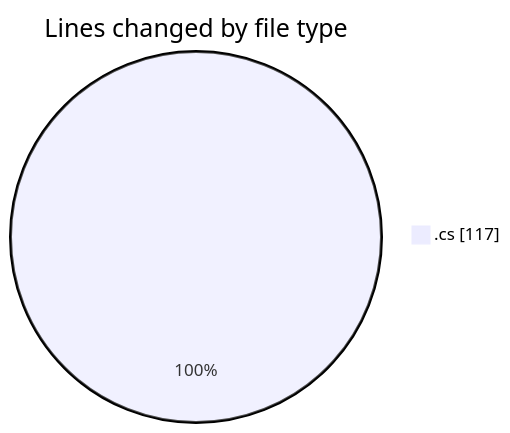
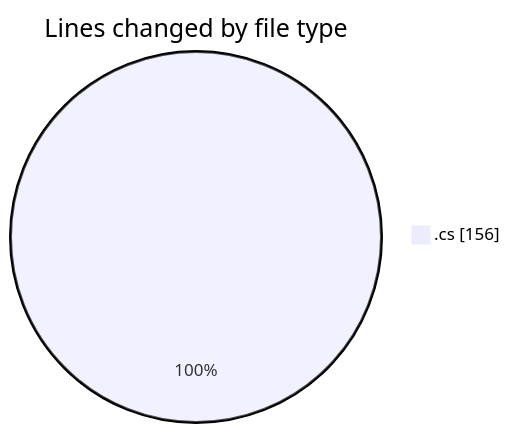
The first of 2 diagrams in 2025-03-30/front-end/README.md (Netris89/code-tracking), drawn with Mermaid before and after one commit. The commit also changed other lines of this file and 1 other file, not shown here.

````diff
--- a/2025-03-30/front-end/README.md
+++ b/2025-03-30/front-end/README.md
@@ -20,5 +21,5 @@
 ```mermaid
 pie showData
 title Lines changed by file type
-".cs" : 117
+".cs" : 156
 ```
````
